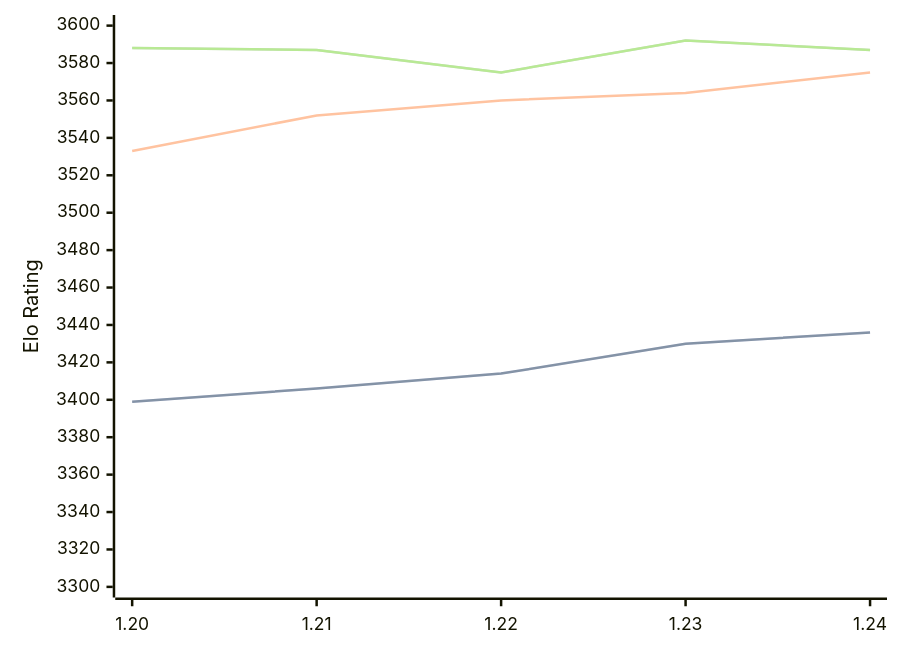
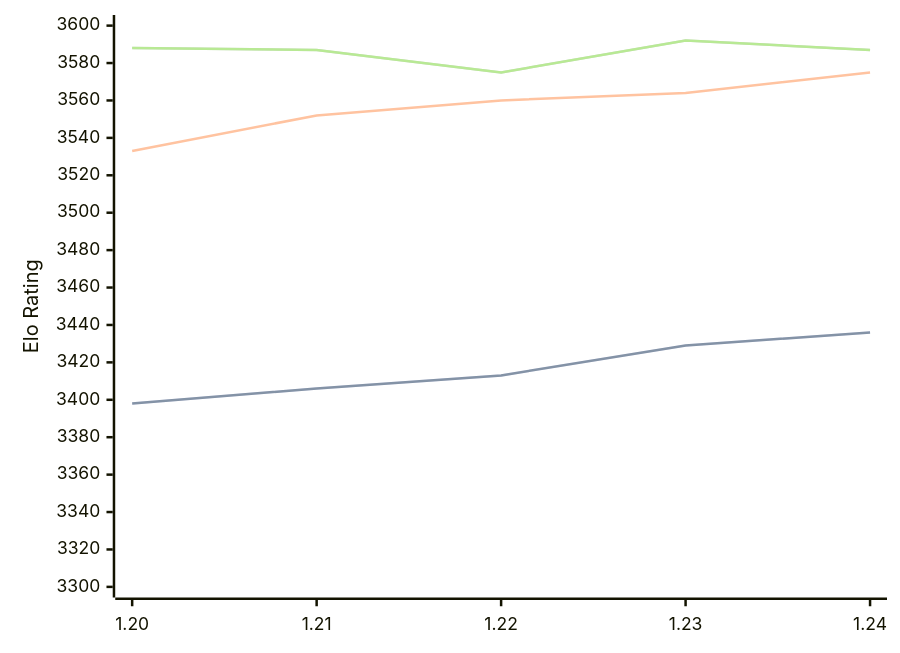
Before and after one commit to computer-chess-index/cci: the diagram in engines/Caissa.md, drawn with Mermaid. The commit also changed other lines of this file, not shown here.

````diff
--- a/engines/Caissa.md
+++ b/engines/Caissa.md
@@ -62,11 +62,11 @@
 ```mermaid
 %%{init: {"theme":"base","themeVariables":{"seriesColors:['#a3a3a3','#222221','#faa371']}}}%%
 xychart-beta
   x-axis ["1.20", "1.21", "1.22", "1.23", "1.24"]
   y-axis "Elo Rating" 3300 --> 3600
-  line "STC (8.0+0.08s)" [3399, 3406, 3414, 3430, 3436]
-  line "STC (8.0+0.08s)" [3399, 3406, 3414, 3430, 3436]
+  line "STC (8.0+0.08s)" [3398, 3406, 3413, 3429, 3436]
+  line "STC (8.0+0.08s)" [3398, 3406, 3413, 3429, 3436]
   line "LTC (60.0+0.60s)" [3533, 3552, 3560, 3564, 3575]
   line "VLTC (2m24s+1.12s)" [3588, 3587, 3575, 3592, 3587]
   line "VLTC (2m24s+1.12s)" [3588, 3587, 3575, 3592, 3587]
 ```
````
